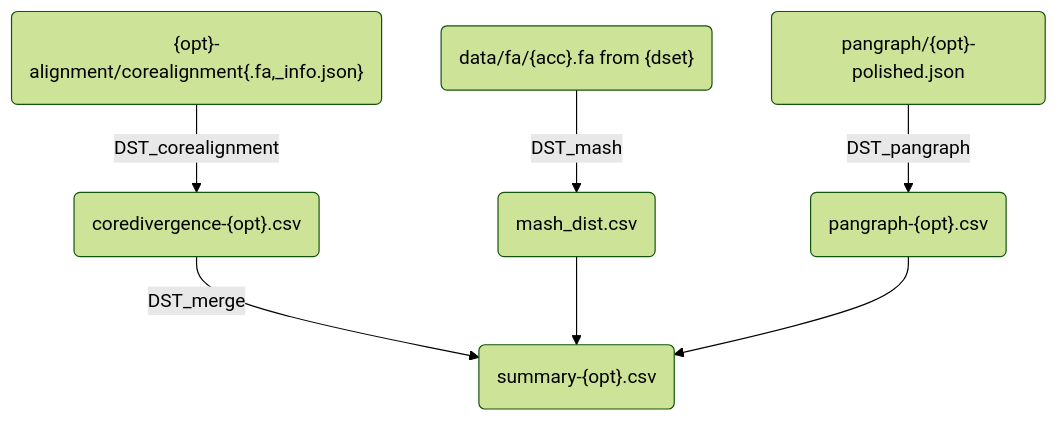
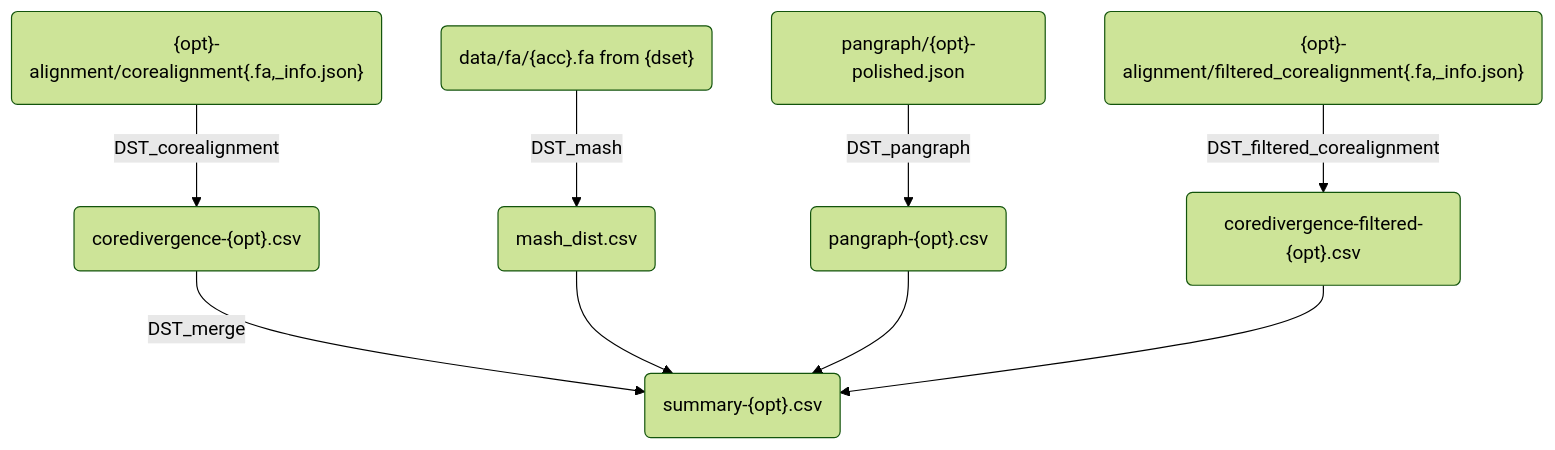
One commit to mmolari/ecoliST131-structural-evo changed the third of 3 diagrams in notes/01_workflow_description.md. Above: the diagram before and after it, drawn with Mermaid (forest theme). The commit also changed other lines of this file and 2 other files, not shown here.

Commit message:
feat: add filtered alignment distance computation

````diff
--- a/notes/01_workflow_description.md
+++ b/notes/01_workflow_description.md
@@ -39,9 +39,11 @@
 ```mermaid
 flowchart TD
     A("{opt}-alignment/corealignment{.fa,_info.json}") --> |DST_corealignment| B("coredivergence-{opt}.csv")
+    H("{opt}-alignment/filtered_corealignment{.fa,_info.json}") --> |DST_filtered_corealignment| I("coredivergence-filtered-{opt}.csv")
     C("data/fa/{acc}.fa from {dset}") --> |DST_mash| D("mash_dist.csv")
     E("pangraph/{opt}-polished.json") --> |DST_pangraph| F("pangraph-{opt}.csv")
     B --> |DST_merge| G("summary-{opt}.csv")
     D --> G
     F --> G
+    I --> G
 ```
````
